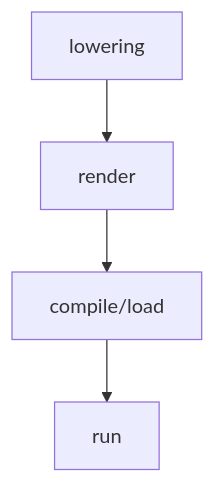
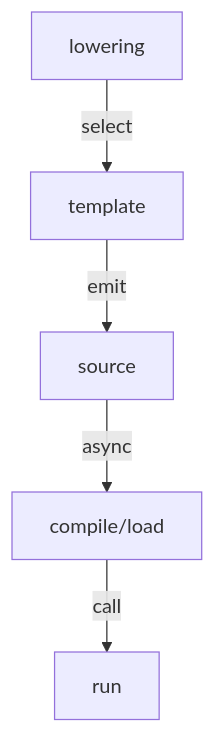
Before and after one commit to XiaobingSuper/FlyDSL: the fourth of 5 diagrams in docs/pytorch_integration_rfc.md, drawn with Mermaid. The commit also changed other lines of this file and 1 other file, not shown here.

````diff
--- a/docs/pytorch_integration_rfc.md
+++ b/docs/pytorch_integration_rfc.md
@@ -306,6 +336,7 @@
 ```mermaid
 flowchart TB
-    A["lowering"] --> B["render"]
-    B --> C["compile/load"]
-    C --> D["run"]
+    A["lowering"] -->|select| B["template"]
+    B -->|emit| C["source"]
+    C -->|async| D["compile/load"]
+    D -->|call| E["run"]
 ```
````
